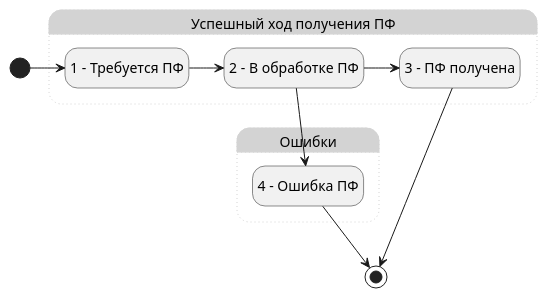
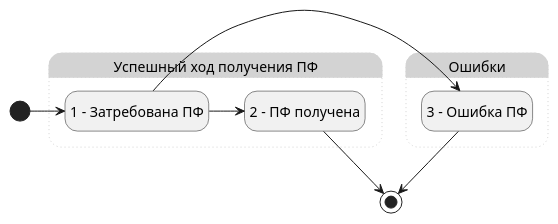
Before and after one commit to citpb/platform-astral-schemes: the diagram in udo_plojdf_statuses_printform.puml, drawn with PlantUML.

Commit message:
Update udo_plojdf_statuses_printform.puml
Упрощена и переработана система статусов ПФ.

```diff
--- a/udo_plojdf_statuses_printform.puml
+++ b/udo_plojdf_statuses_printform.puml
@@ -1,24 +1,22 @@
 @startuml
 hide empty description
 
 state "Успешный ход получения ПФ" as Saccess #LightGray;line.dotted;line:LightGray {
-    state "1 - Требуется ПФ" as State1
-    state "2 - В обработке ПФ" as State2  
-    state "3 - ПФ получена" as State3
+    state "1 - Затребована ПФ" as State1
+    state "2 - ПФ получена" as State2
 }
 state "Ошибки" as Errors #LightGray;line.dotted;line:LightGray {
-    state "4 - Ошибка ПФ" as State4
+    state "3 - Ошибка ПФ" as State3
 }
 
 [*] -> State1
 
 State1 -> State2
 
-State2 -> State3
-State2 --> State4
+State1 -> State3
 
-State4 --> [*]
+State2 --> [*]
 
 State3 --> [*]
 
 @enduml
```
